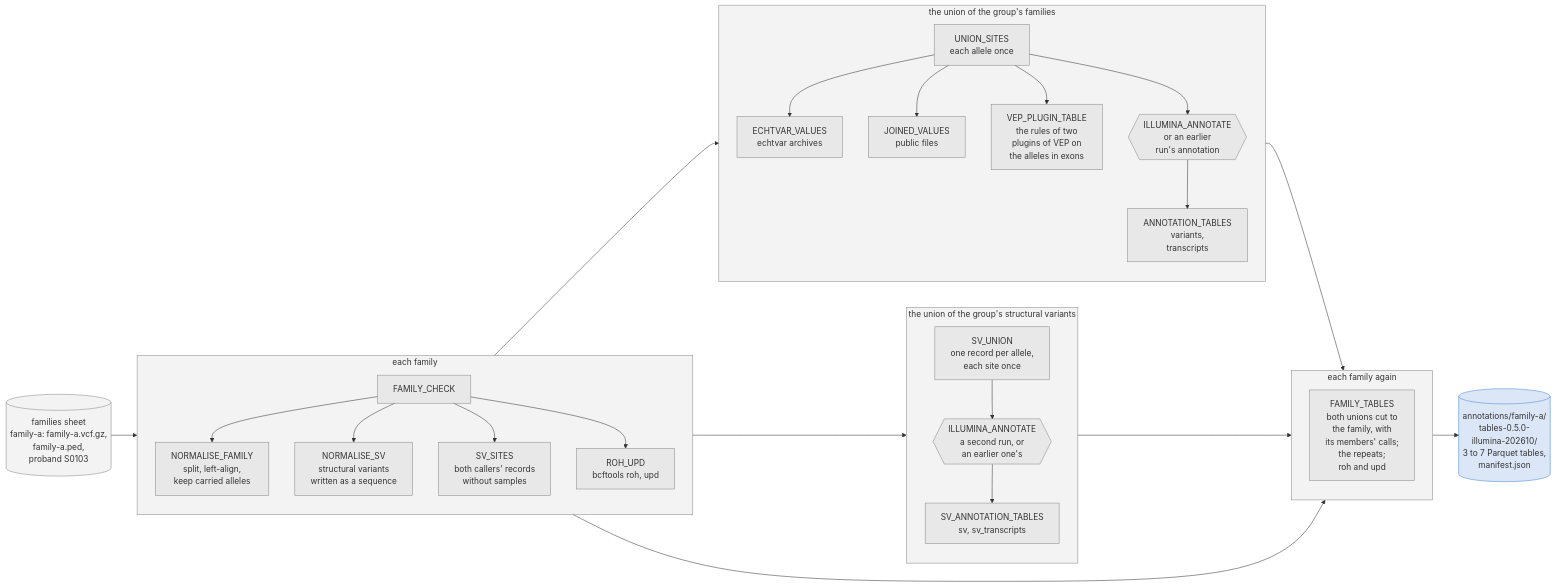
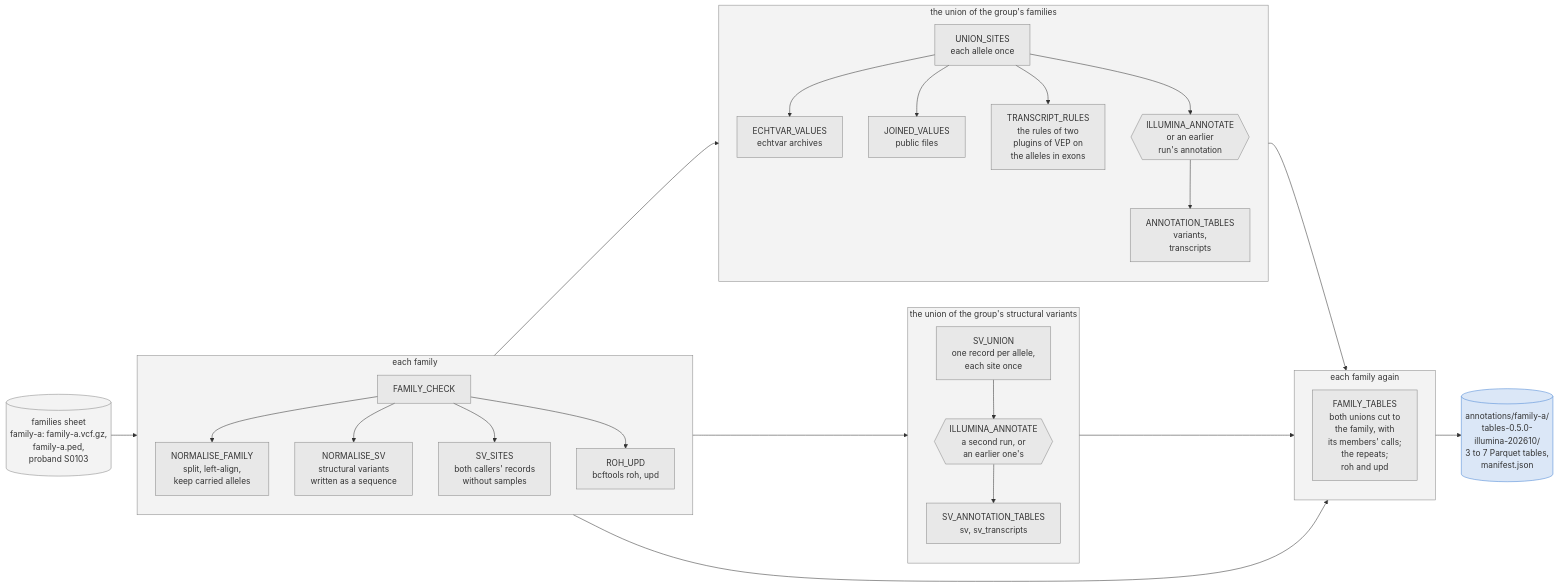
One commit to populationgenomics/case-annotation-pipeline changed the third of 3 diagrams in docs/annotation.md. Above: the diagram before and after it, drawn with Mermaid. The commit also changed other lines of this file and 24 other files, not shown here.

````diff
--- a/docs/annotation.md
+++ b/docs/annotation.md
@@ -425,57 +425,57 @@
 ```mermaid
 flowchart LR
     IN[("families sheet<br/>family-a: family-a.vcf.gz,<br/>family-a.ped,<br/>proband S0103")]
 
     subgraph EACH["each family"]
         direction TB
         CHECK["FAMILY_CHECK"]
         NORMALISE["NORMALISE_FAMILY<br/>split, left-align,<br/>keep carried alleles"]
         SV["NORMALISE_SV<br/>structural variants<br/>written as a sequence"]
         SVSITES["SV_SITES<br/>both callers' records<br/>without samples"]
         ROHUPD["ROH_UPD<br/>bcftools roh, upd"]
         CHECK --> NORMALISE
         CHECK --> SV
         CHECK --> SVSITES
         CHECK --> ROHUPD
     end
 
     subgraph UNION["the union of the group's families"]
         direction TB
         SITES["UNION_SITES<br/>each allele once"]
         VALUES["ECHTVAR_VALUES<br/>echtvar archives"]
         JOINED["JOINED_VALUES<br/>public files"]
-        VEP["VEP_PLUGIN_TABLE<br/>the rules of two<br/>plugins of VEP on<br/>the alleles in exons"]
+        RULES["TRANSCRIPT_RULES<br/>the rules of two<br/>plugins of VEP on<br/>the alleles in exons"]
         ANNOTATE{{"ILLUMINA_ANNOTATE<br/>or an earlier<br/>run's annotation"}}
         TABLES["ANNOTATION_TABLES<br/>variants,<br/>transcripts"]
         SITES --> VALUES
         SITES --> JOINED
-        SITES --> VEP
+        SITES --> RULES
         SITES --> ANNOTATE --> TABLES
     end
 
     subgraph SVUNION["the union of the group's structural variants"]
         direction TB
         SVU["SV_UNION<br/>one record per allele,<br/>each site once"]
         SVANNOTATE{{"ILLUMINA_ANNOTATE<br/>a second run, or<br/>an earlier one's"}}
         SVTABLES["SV_ANNOTATION_TABLES<br/>sv, sv_transcripts"]
         SVU --> SVANNOTATE --> SVTABLES
     end
 
     subgraph CUT["each family again"]
         direction TB
         FAMILY["FAMILY_TABLES<br/>both unions cut to<br/>the family, with<br/>its members' calls;<br/>the repeats;<br/>roh and upd"]
     end
 
     OUT[("annotations/family-a/<br/>tables-0.5.0-<br/>illumina-202610/<br/>3 to 7 Parquet tables,<br/>manifest.json")]
 
     IN --> EACH --> UNION --> CUT --> OUT
     EACH --> SVUNION --> CUT
     EACH --> CUT
 
     classDef default fill:#8888881a,stroke:#888888
     style EACH fill:#8888881a,stroke:#888888
     style UNION fill:#8888881a,stroke:#888888
     style SVUNION fill:#8888881a,stroke:#888888
     style CUT fill:#8888881a,stroke:#888888
     style OUT fill:#4a86d433,stroke:#4a86d4
 ```
````
